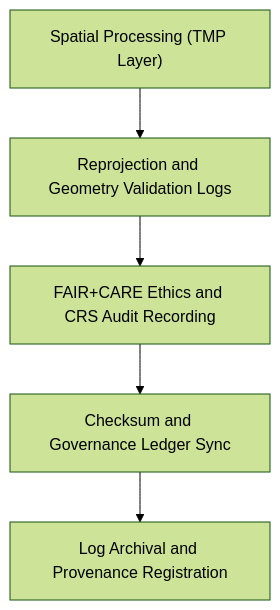
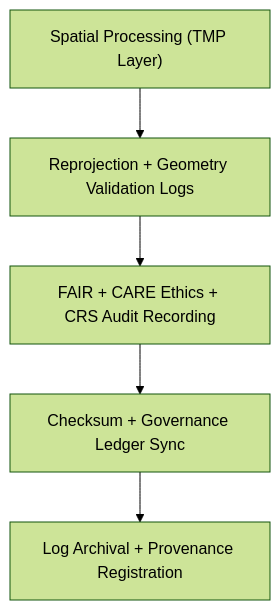
One commit to bartytime4life/Kansas-Frontier-Matrix changed the diagram in data/work/staging/spatial/logs/README.md. Above: the diagram before and after it, drawn with Mermaid (forest theme). The commit also changed other lines of this file, not shown here.

````diff
--- a/data/work/staging/spatial/logs/README.md
+++ b/data/work/staging/spatial/logs/README.md
@@ -63,7 +66,7 @@
 ```mermaid
 flowchart TD
-    A["Spatial Processing (TMP Layer)"] --> B["Reprojection and Geometry Validation Logs"]
-    B --> C["FAIR+CARE Ethics and CRS Audit Recording"]
-    C --> D["Checksum and Governance Ledger Sync"]
-    D --> E["Log Archival and Provenance Registration"]
+    A["Spatial Processing (TMP Layer)"] --> B["Reprojection + Geometry Validation Logs"]
+    B --> C["FAIR + CARE Ethics + CRS Audit Recording"]
+    C --> D["Checksum + Governance Ledger Sync"]
+    D --> E["Log Archival + Provenance Registration"]
 ```
````
